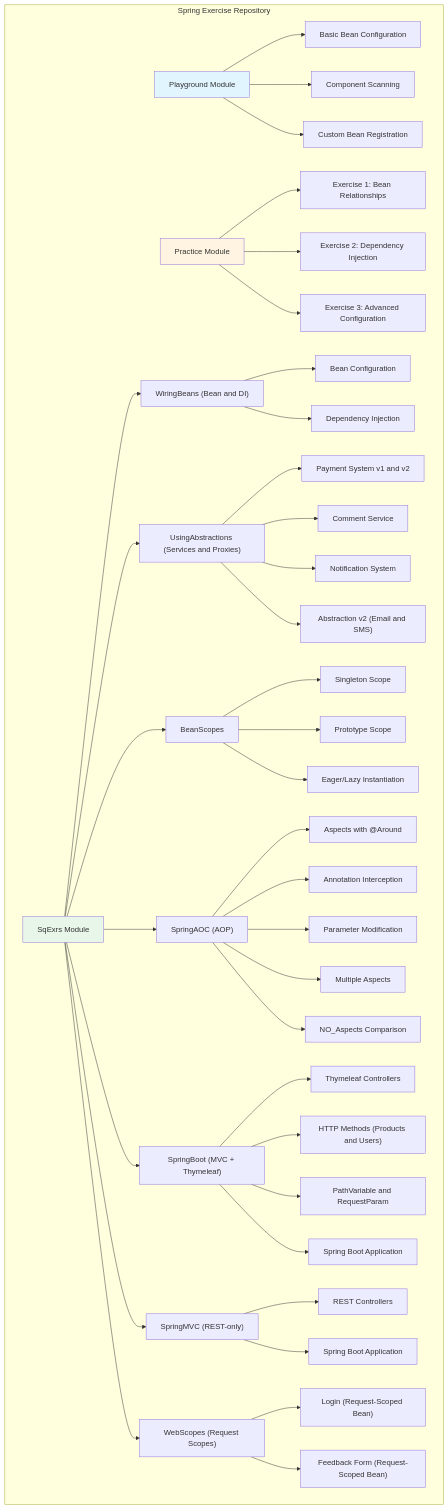
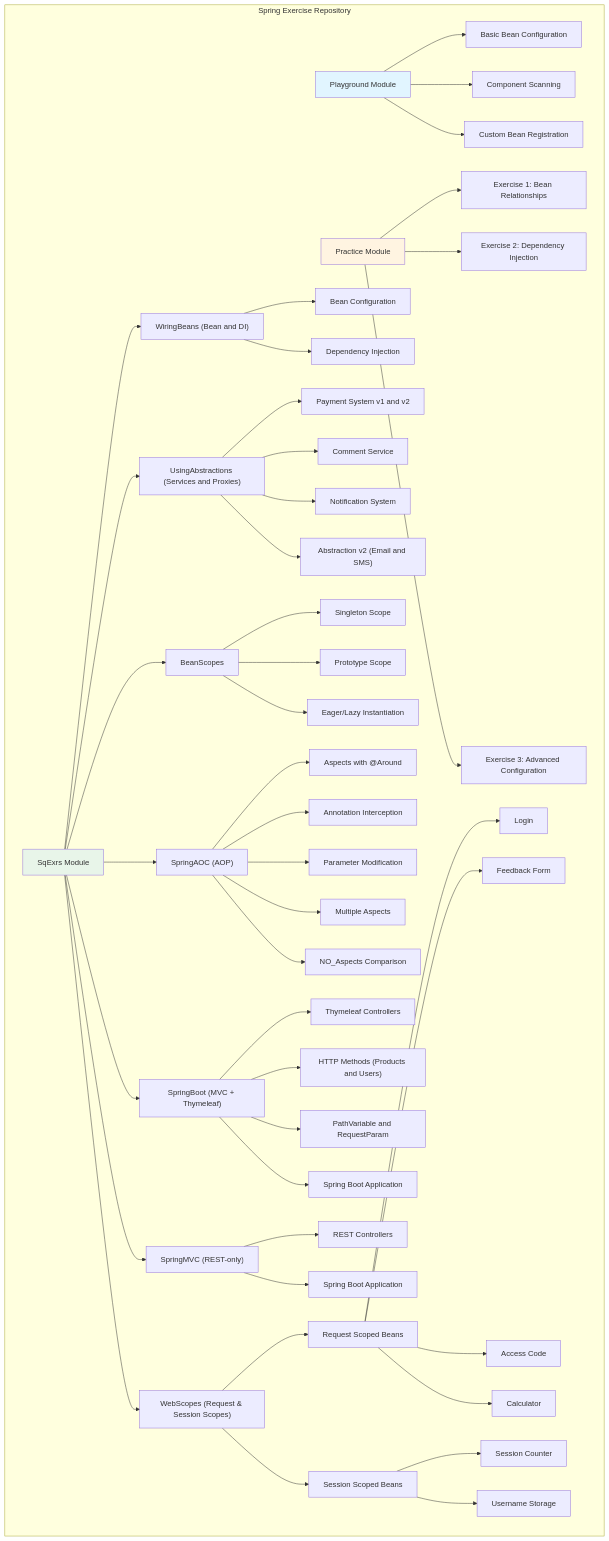
One commit to UsmanovMahmudkhan/spring-start-here changed the first of 3 diagrams in README.md. Above: the diagram before and after it, drawn with Mermaid. The commit also changed other lines of this file and 125 other files, not shown here.

````diff
--- a/README.md
+++ b/README.md
@@ -3,53 +3,61 @@
 ```mermaid
 graph TB
     subgraph "Spring Exercise Repository"
         A[Playground Module] --> B[Basic Bean Configuration]
         A --> C[Component Scanning]
         A --> D[Custom Bean Registration]
         
         E[Practice Module] --> F[Exercise 1: Bean Relationships]
         E --> G[Exercise 2: Dependency Injection]
         E --> H[Exercise 3: Advanced Configuration]
         
         I["SqExrs Module"] --> J["WiringBeans (Bean and DI)"]
         I --> K["UsingAbstractions (Services and Proxies)"]
         I --> L["BeanScopes"]
         I --> M["SpringAOC (AOP)"]
         I --> N["SpringBoot (MVC + Thymeleaf)"]
         I --> O["SpringMVC (REST-only)"]
-        I --> P["WebScopes (Request Scopes)"]
+        I --> P["WebScopes (Request & Session Scopes)"]
         
         J --> J1["Bean Configuration"]
         J --> J2["Dependency Injection"]
         
         K --> K1["Payment System v1 and v2"]
         K --> K2["Comment Service"]
         K --> K3["Notification System"]
         K --> K4["Abstraction v2 (Email and SMS)"]
         
         L --> L1["Singleton Scope"]
         L --> L2["Prototype Scope"]
         L --> L3["Eager/Lazy Instantiation"]
         
         M --> M1["Aspects with @Around"]
         M --> M2["Annotation Interception"]
         M --> M3["Parameter Modification"]
         M --> M4["Multiple Aspects"]
         M --> M5["NO_Aspects Comparison"]
         
         N --> N1["Thymeleaf Controllers"]
         N --> N2["HTTP Methods (Products and Users)"]
         N --> N3["PathVariable and RequestParam"]
         N --> N4["Spring Boot Application"]
         
         O --> O1["REST Controllers"]
         O --> O2["Spring Boot Application"]
         
-        P --> P1["Login (Request-Scoped Bean)"]
-        P --> P2["Feedback Form (Request-Scoped Bean)"]
+        P --> P_REQ["Request Scoped Beans"]
+        P --> P_SES["Session Scoped Beans"]
+        
+        P_REQ --> P_REQ1["Login"]
+        P_REQ --> P_REQ2["Feedback Form"]
+        P_REQ --> P_REQ3["Access Code"]
+        P_REQ --> P_REQ4["Calculator"]
+        
+        P_SES --> P_SES1["Session Counter"]
+        P_SES --> P_SES2["Username Storage"]
     end
     
     style A fill:#e1f5ff
     style E fill:#fff4e1
     style I fill:#e8f5e9
 ```
````
